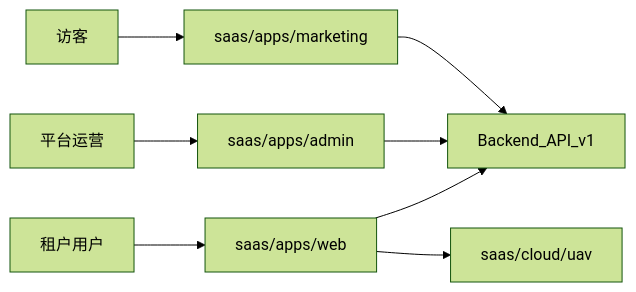
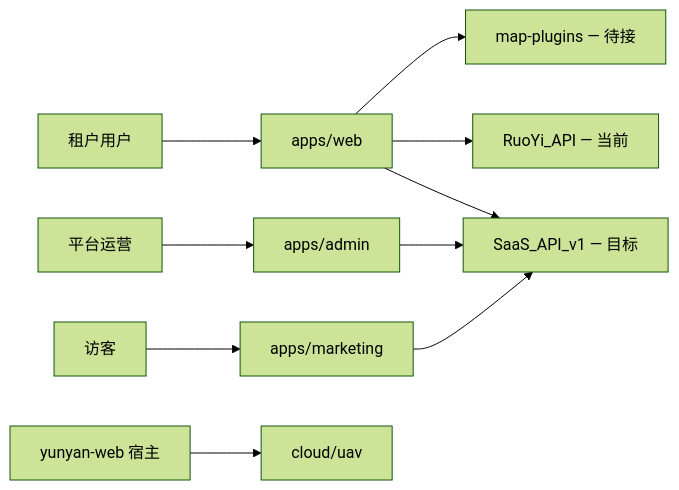
One commit to dujiaoai/map-design changed the diagram in docs/architecture/README.md. Above: the diagram before and after it, drawn with Mermaid (forest theme). The commit also changed other lines of this file and 21 other files, not shown here.

First line of the commit message:
Expand architecture docs and add standalone monorepo workspace setup.

````diff
--- a/docs/architecture/README.md
+++ b/docs/architecture/README.md
@@ -15,10 +15,12 @@
 ```mermaid
 flowchart LR
-  User[租户用户] --> Web[saas/apps/web]
-  Visitor[访客] --> Marketing[saas/apps/marketing]
-  Operator[平台运营] --> Admin[saas/apps/admin]
-  Web --> API[Backend_API_v1]
-  Admin --> API
-  Marketing --> API
-  Web --> CloudUAV[saas/cloud/uav]
+  User[租户用户] --> Web[apps/web]
+  Visitor[访客] --> Marketing[apps/marketing]
+  Operator[平台运营] --> Admin[apps/admin]
+  Web --> RuoYi[RuoYi_API — 当前]
+  Web --> SaaSAPI[SaaS_API_v1 — 目标]
+  Admin --> SaaSAPI
+  Marketing --> SaaSAPI
+  Web --> MapPlugins[map-plugins — 待接]
+  YunyanWeb[yunyan-web 宿主] --> CloudUAV[cloud/uav]
 ```
````
